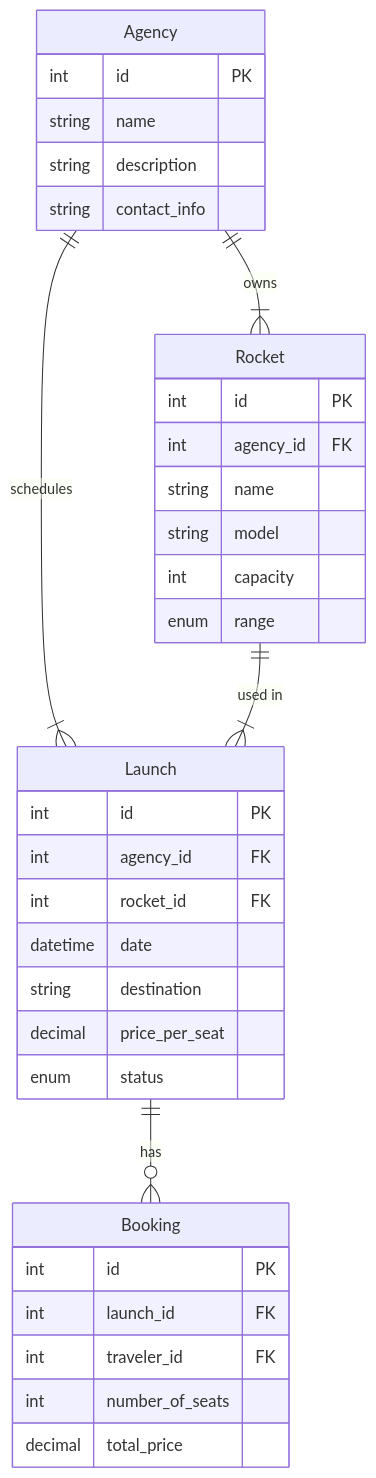
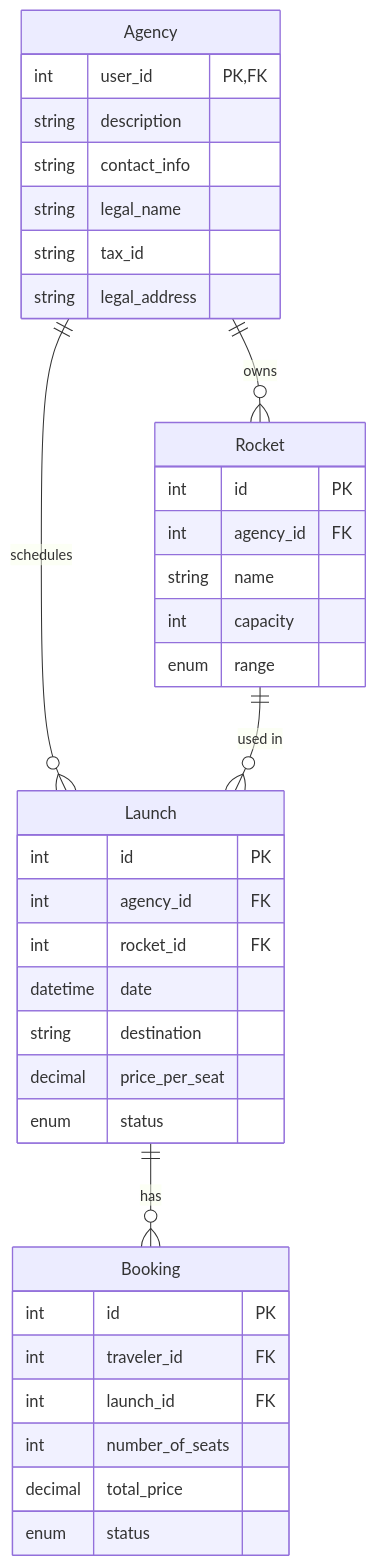
Before and after one commit to AstroBookings/.github: the second of 2 diagrams in profile/1-analysis/5_1-astrobookings-agency-management-domain.md, drawn with Mermaid. The commit also changed other lines of this file and 6 other files, not shown here.

````diff
--- a/profile/1-analysis/5_1-astrobookings-agency-management-domain.md
+++ b/profile/1-analysis/5_1-astrobookings-agency-management-domain.md
@@ -142,41 +142,43 @@
 ```mermaid
 erDiagram
     Agency {
-        int id PK
-        string name
+        int user_id PK,FK
         string description
         string contact_info
+        string legal_name
+        string tax_id
+        string legal_address
     }
 
     Rocket {
         int id PK
         int agency_id FK
         string name
-        string model
         int capacity
         enum range
     }
 
     Launch {
         int id PK
         int agency_id FK
         int rocket_id FK
         datetime date
         string destination
         decimal price_per_seat
         enum status
     }
 
     Booking {
         int id PK
+        int traveler_id FK
         int launch_id FK
-        int traveler_id FK
         int number_of_seats
         decimal total_price
+        enum status
     }
 
-    Agency ||--|{ Rocket : "owns"
-    Agency ||--|{ Launch : "schedules"
-    Rocket ||--|{ Launch : "used in"
+    Agency ||--o{ Rocket : "owns"
+    Agency ||--o{ Launch : "schedules"
+    Rocket ||--o{ Launch : "used in"
     Launch ||--o{ Booking : "has"
 ```
````
